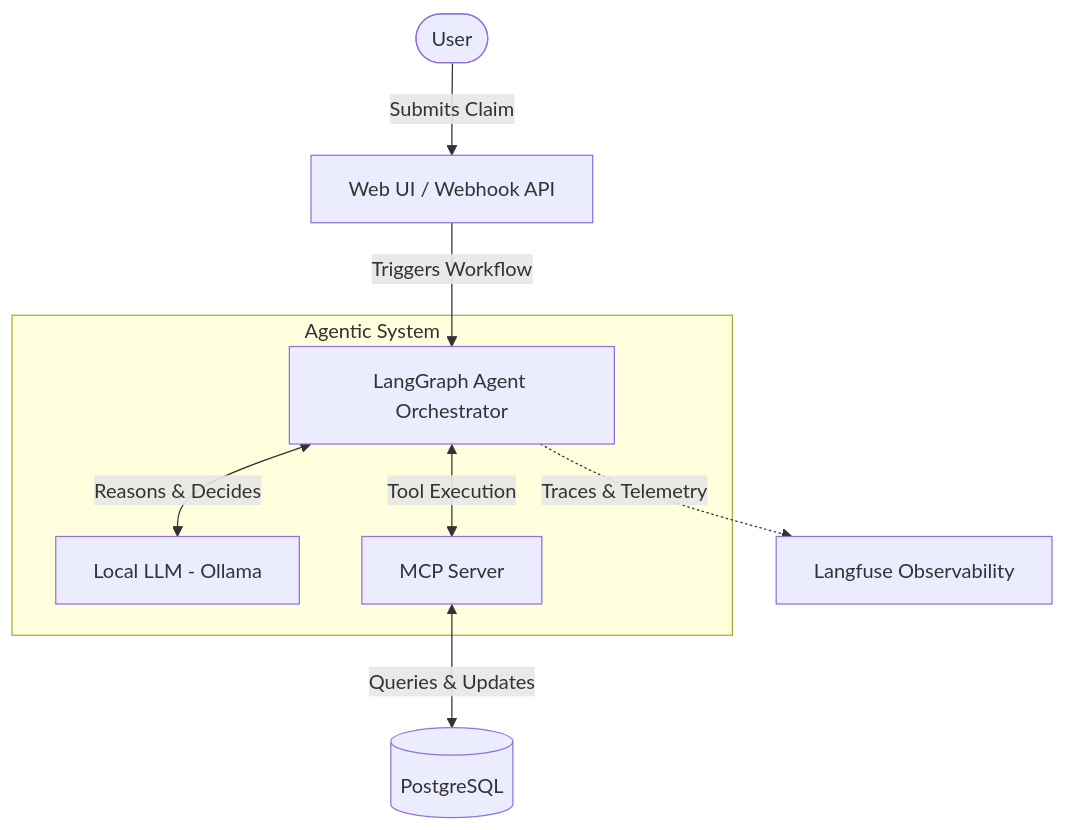
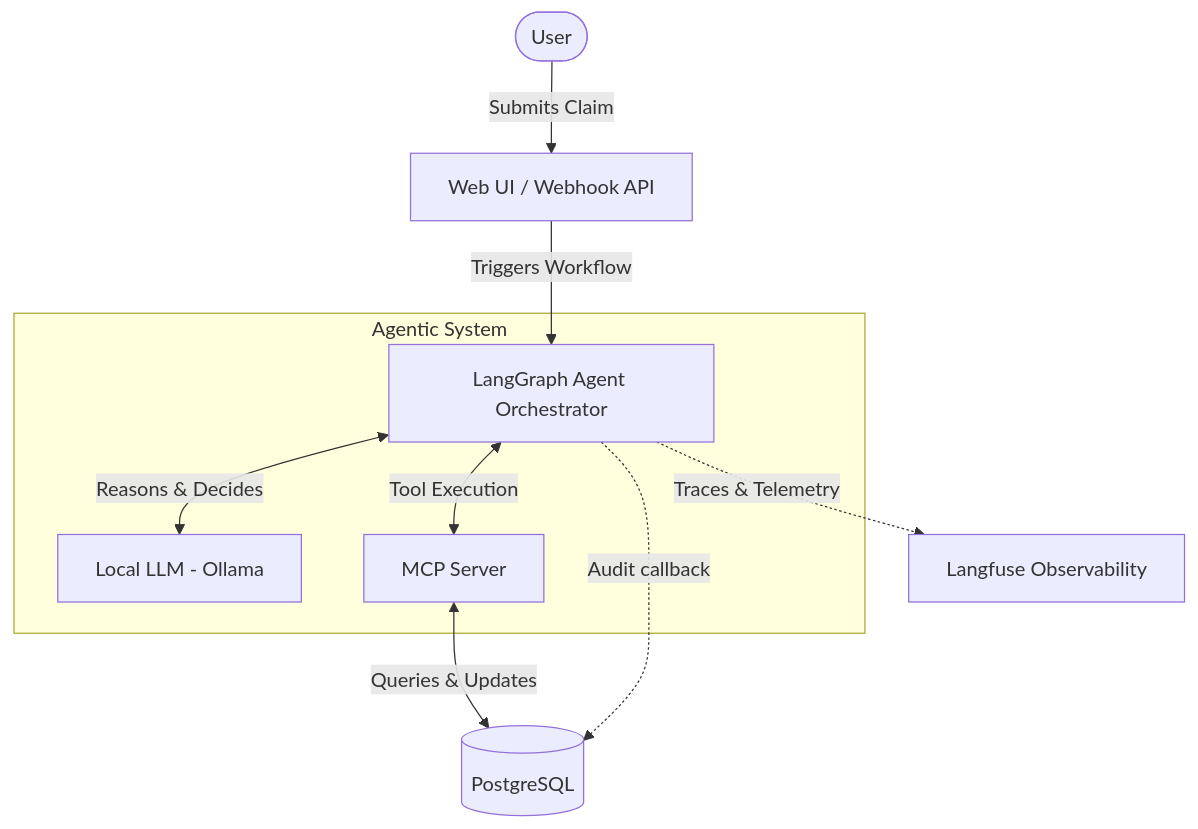
The diagram in README.md (Arturrio112/AgenticInsuranceClaimOrchestrator), drawn with Mermaid before and after one commit. The commit also changed other lines of this file and 7 other files, not shown here.

First line of the commit message:
feat(agent): record LangGraph execution trace via audit callback

````diff
--- a/README.md
+++ b/README.md
@@ -16,13 +17,14 @@
 ```mermaid
 flowchart TD
     User([User]) -->|Submits Claim| UI[Web UI / Webhook API]
     UI -->|Triggers Workflow| LangGraph[LangGraph Agent Orchestrator]
     
     subgraph Agentic System
         LangGraph <-->|Reasons & Decides| LLM[Local LLM - Ollama]
         LangGraph <-->|Tool Execution| MCP[MCP Server]
     end
     
     MCP <-->|Queries & Updates| DB[(PostgreSQL)]
     LangGraph -.->|Traces & Telemetry| Langfuse[Langfuse Observability]
+    LangGraph -.->|Audit callback| DB
 ```
````
